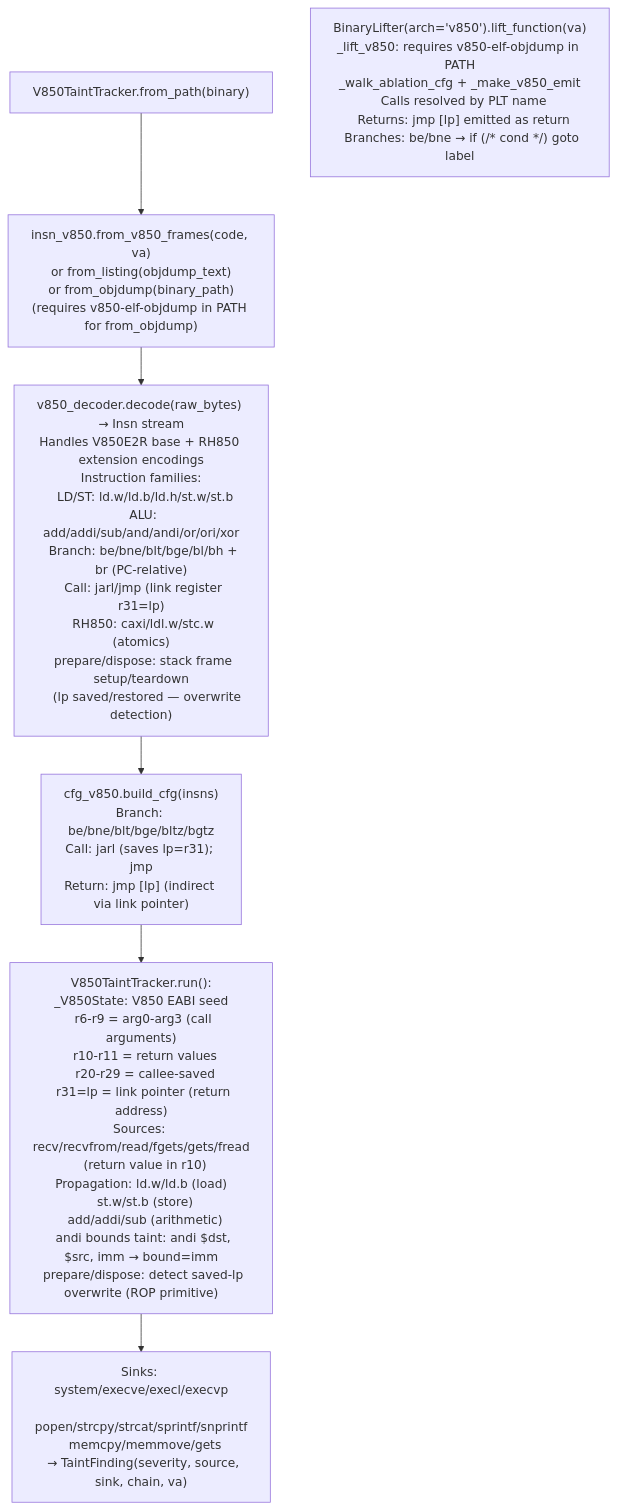
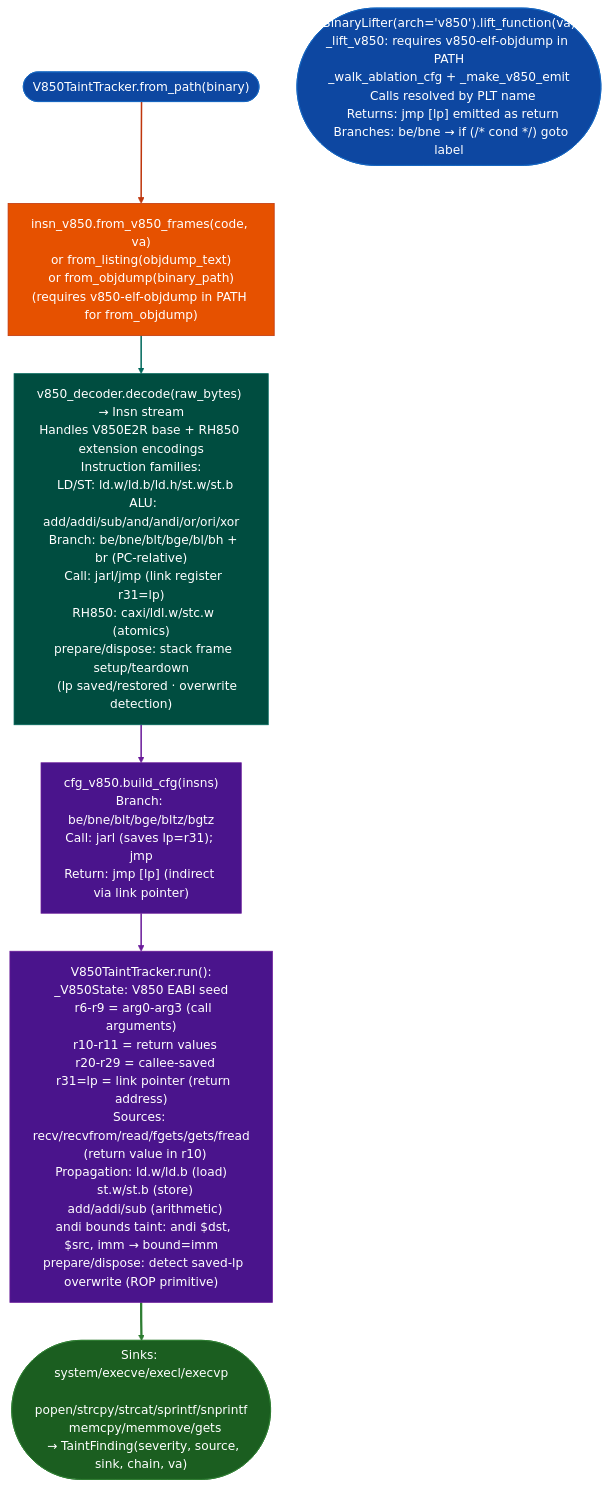
The diagram in docs/reference-modules/v850-rh850.md (Ablation-Tool/ablation), drawn with Mermaid before and after one commit. The commit also changed 320 other files, not shown here.

First line of the commit message:
docs: apply canonical Mermaid template to all 321 diagrams

````diff
--- a/docs/reference-modules/v850-rh850.md
+++ b/docs/reference-modules/v850-rh850.md
@@ -19,10 +19,21 @@
 ```mermaid
 flowchart TD
-    A["V850TaintTracker.from_path(binary)"] --> B["insn_v850.from_v850_frames(code, va)\nor from_listing(objdump_text)\nor from_objdump(binary_path)\n(requires v850-elf-objdump in PATH for from_objdump)"]
-    B --> C["v850_decoder.decode(raw_bytes) → Insn stream\nHandles V850E2R base + RH850 extension encodings\nInstruction families:\n  LD/ST: ld.w/ld.b/ld.h/st.w/st.b\n  ALU: add/addi/sub/and/andi/or/ori/xor\n  Branch: be/bne/blt/bge/bl/bh + br (PC-relative)\n  Call: jarl/jmp (link register r31=lp)\n  RH850: caxi/ldl.w/stc.w (atomics)\n  prepare/dispose: stack frame setup/teardown\n    (lp saved/restored — overwrite detection)"]
-    C --> D["cfg_v850.build_cfg(insns)\nBranch: be/bne/blt/bge/bltz/bgtz\nCall: jarl (saves lp=r31); jmp\nReturn: jmp [lp] (indirect via link pointer)"]
-    D --> E["V850TaintTracker.run():\n_V850State: V850 EABI seed\n  r6-r9 = arg0-arg3 (call arguments)\n  r10-r11 = return values\n  r20-r29 = callee-saved\n  r31=lp = link pointer (return address)\nSources: recv/recvfrom/read/fgets/gets/fread\n  (return value in r10)\nPropagation: ld.w/ld.b (load)\n  st.w/st.b (store)\n  add/addi/sub (arithmetic)\n  andi bounds taint: andi $dst, $src, imm → bound=imm\n  prepare/dispose: detect saved-lp overwrite (ROP primitive)"]
-    E --> F["Sinks: system/execve/execl/execvp\n  popen/strcpy/strcat/sprintf/snprintf\n  memcpy/memmove/gets\n  → TaintFinding(severity, source, sink, chain, va)"]
+    A(["V850TaintTracker.from_path(binary)"]):::input --> B["insn_v850.from_v850_frames(code, va)\nor from_listing(objdump_text)\nor from_objdump(binary_path)\n(requires v850-elf-objdump in PATH for from_objdump)"]:::primary
+    B:::primary --> C["v850_decoder.decode(raw_bytes) → Insn stream\nHandles V850E2R base + RH850 extension encodings\nInstruction families:\n  LD/ST: ld.w/ld.b/ld.h/st.w/st.b\n  ALU: add/addi/sub/and/andi/or/ori/xor\n  Branch: be/bne/blt/bge/bl/bh + br (PC-relative)\n  Call: jarl/jmp (link register r31=lp)\n  RH850: caxi/ldl.w/stc.w (atomics)\n  prepare/dispose: stack frame setup/teardown\n    (lp saved/restored · overwrite detection)"]:::secondary
+    C:::secondary --> D["cfg_v850.build_cfg(insns)\nBranch: be/bne/blt/bge/bltz/bgtz\nCall: jarl (saves lp=r31); jmp\nReturn: jmp [lp] (indirect via link pointer)"]:::tertiary
+    D:::tertiary --> E["V850TaintTracker.run():\n_V850State: V850 EABI seed\n  r6-r9 = arg0-arg3 (call arguments)\n  r10-r11 = return values\n  r20-r29 = callee-saved\n  r31=lp = link pointer (return address)\nSources: recv/recvfrom/read/fgets/gets/fread\n  (return value in r10)\nPropagation: ld.w/ld.b (load)\n  st.w/st.b (store)\n  add/addi/sub (arithmetic)\n  andi bounds taint: andi $dst, $src, imm → bound=imm\n  prepare/dispose: detect saved-lp overwrite (ROP primitive)"]:::tertiary
+    E:::tertiary --> F(["Sinks: system/execve/execl/execvp\n  popen/strcpy/strcat/sprintf/snprintf\n  memcpy/memmove/gets\n  → TaintFinding(severity, source, sink, chain, va)"]):::output
 
-    G["BinaryLifter(arch='v850').lift_function(va)\n_lift_v850: requires v850-elf-objdump in PATH\n_walk_ablation_cfg + _make_v850_emit\n  Calls resolved by PLT name\n  Returns: jmp [lp] emitted as return\n  Branches: be/bne → if (/* cond */) goto label"]
+    G(["BinaryLifter(arch='v850').lift_function(va)\n_lift_v850: requires v850-elf-objdump in PATH\n_walk_ablation_cfg + _make_v850_emit\n  Calls resolved by PLT name\n  Returns: jmp [lp] emitted as return\n  Branches: be/bne → if (/* cond */) goto label"]):::input
+    classDef input     fill:#0d47a1,stroke:#1565c0,color:#fff
+    classDef primary   fill:#e65100,stroke:#bf360c,color:#fff
+    classDef secondary fill:#004d40,stroke:#00695c,color:#fff
+    classDef tertiary  fill:#4a148c,stroke:#6a1b9a,color:#fff
+    classDef neutral   fill:#37474f,stroke:#546e7a,color:#fff
+    classDef output    fill:#1b5e20,stroke:#2e7d32,color:#fff
+    linkStyle 0 stroke:#bf360c,stroke-width:2px
+    linkStyle 1 stroke:#00695c,stroke-width:2px
+    linkStyle 2 stroke:#6a1b9a,stroke-width:2px
+    linkStyle 3 stroke:#6a1b9a,stroke-width:2px
+    linkStyle 4 stroke:#2e7d32,stroke-width:3px
 ```
````
